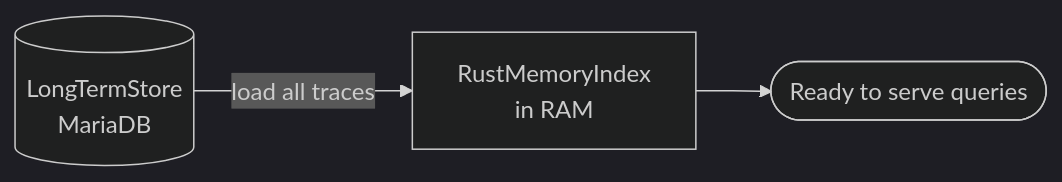
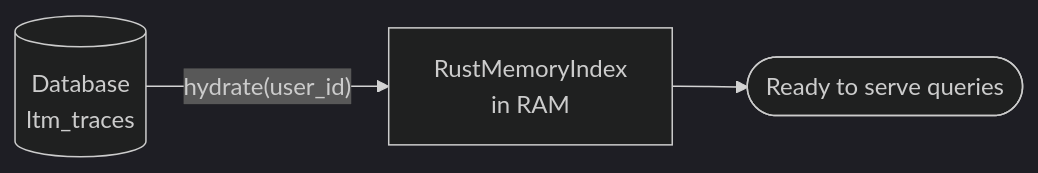
Before and after one commit to Magic-Man-us/MemoryCore: the second of 5 diagrams in docs/architecture.md, drawn with Mermaid (dark theme). The commit also changed other lines of this file and 45 other files, not shown here.

````diff
--- a/docs/architecture.md
+++ b/docs/architecture.md
@@ -27,5 +29,5 @@
 ```mermaid
 flowchart LR
-    DB[(LongTermStore<br>MariaDB)] -->|load all traces| Rust[RustMemoryIndex<br>in RAM]
+    DB[(Database<br>ltm_traces)] -->|"hydrate(user_id)"| Rust[RustMemoryIndex<br>in RAM]
     Rust --> Ready([Ready to serve queries])
 ```
````
